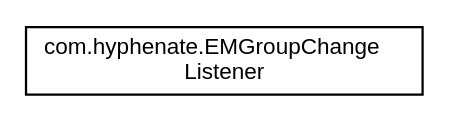
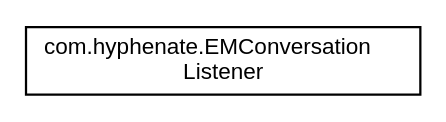
One commit to easemob/www.easemob.com changed the diagram in static/apidoc/android/chat3.0/inherit_graph_71.dot. Above: the diagram before and after it, drawn with Graphviz. The commit also changed 284 other files, not shown here.

```diff
--- a/static/apidoc/android/chat3.0/inherit_graph_71.dot
+++ b/static/apidoc/android/chat3.0/inherit_graph_71.dot
@@ -1,7 +1,7 @@
 digraph "类继承关系图"
 {
   edge [fontname="Helvetica",fontsize="10",labelfontname="Helvetica",labelfontsize="10"];
   node [fontname="Helvetica",fontsize="10",shape=record];
   rankdir="LR";
-  Node1 [label="com.hyphenate.EMGroupChange\lListener",height=0.2,width=0.4,color="black", fillcolor="white", style="filled",URL="$interfacecom_1_1hyphenate_1_1EMGroupChangeListener.html"];
+  Node1 [label="com.hyphenate.EMConversation\lListener",height=0.2,width=0.4,color="black", fillcolor="white", style="filled",URL="$interfacecom_1_1hyphenate_1_1EMConversationListener.html"];
 }
```
